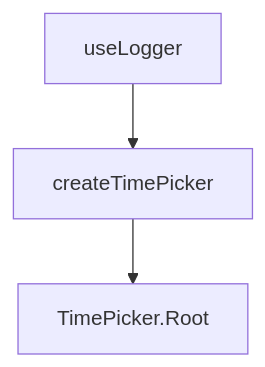
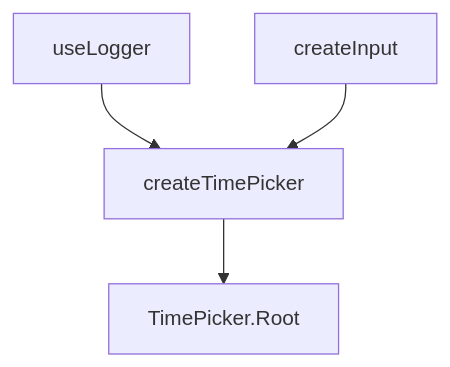
One commit to vuetifyjs/0 changed the diagram in apps/docs/src/pages/composables/forms/create-time-picker.md. Above: the diagram before and after it, drawn with Mermaid. The commit also changed other lines of this file and 5 other files, not shown here.

````diff
--- a/apps/docs/src/pages/composables/forms/create-time-picker.md
+++ b/apps/docs/src/pages/composables/forms/create-time-picker.md
@@ -64,9 +64,11 @@
 ```mermaid "createTimePicker Architecture"
 flowchart TD
   Logger["useLogger"]
+  Input["createInput"]
   Picker["createTimePicker"]:::primary
   Root["TimePicker.Root"]
 
   Logger --> Picker
+  Input --> Picker
   Picker --> Root
 ```
````
